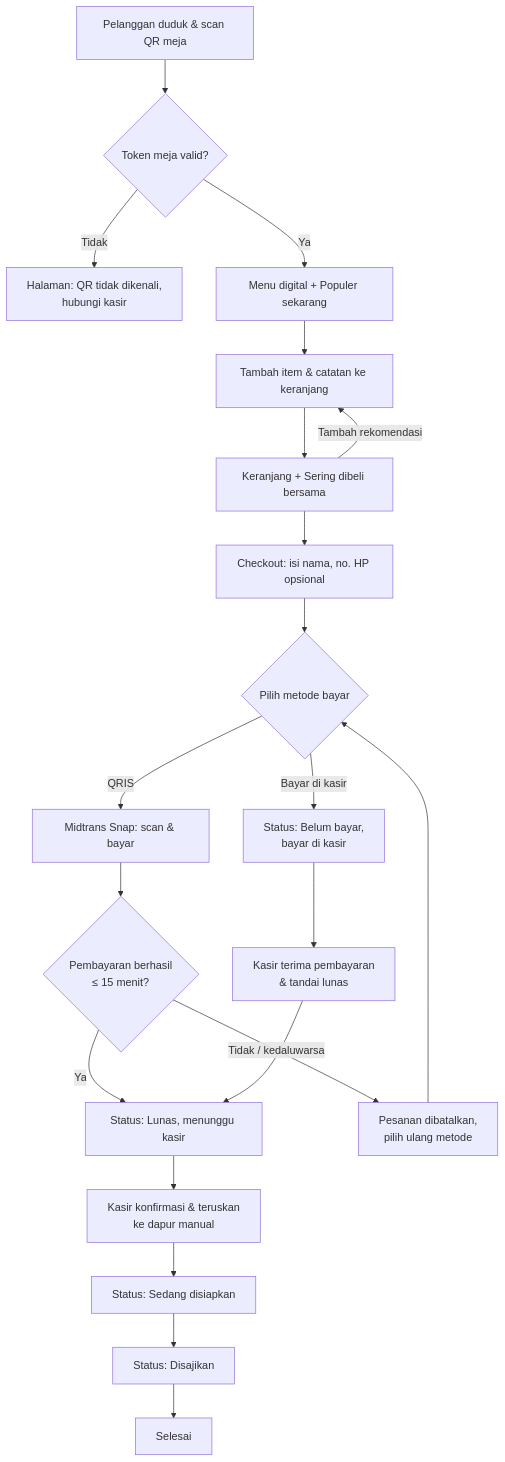
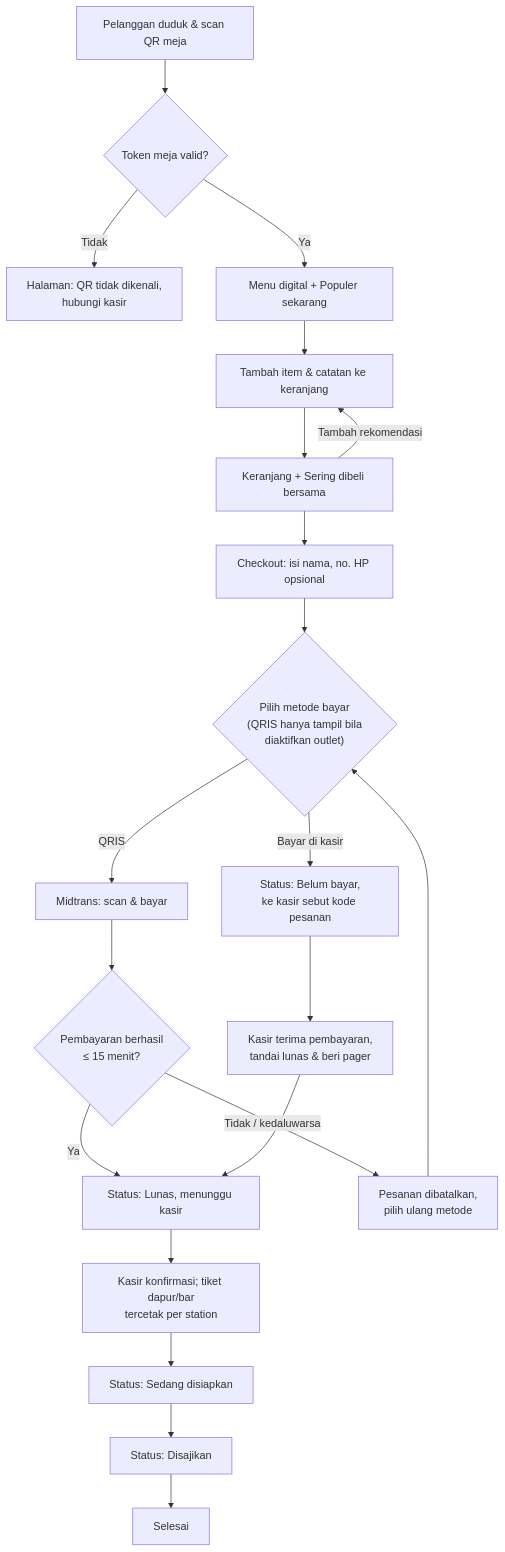
Before and after one commit to tmuhammadsanubari-cell/matwona-smart-order: the third of 8 diagrams in docs/PRD.md, drawn with Mermaid. The commit also changed other lines of this file and 6 other files, not shown here.

````diff
--- a/docs/PRD.md
+++ b/docs/PRD.md
@@ -729,23 +894,23 @@
 ```mermaid
 flowchart TD
     A["Pelanggan duduk & scan QR meja"] --> B{"Token meja valid?"}
     B -->|Tidak| B1["Halaman: QR tidak dikenali,<br/>hubungi kasir"]
     B -->|Ya| C["Menu digital + Populer sekarang"]
     C --> D["Tambah item & catatan ke keranjang"]
     D --> E["Keranjang + Sering dibeli bersama"]
     E -->|Tambah rekomendasi| D
     E --> F["Checkout: isi nama, no. HP opsional"]
-    F --> G{"Pilih metode bayar"}
-    G -->|QRIS| H["Midtrans Snap: scan & bayar"]
+    F --> G{"Pilih metode bayar<br/>(QRIS hanya tampil bila<br/>diaktifkan outlet)"}
+    G -->|QRIS| H["Midtrans: scan & bayar"]
     H --> I{"Pembayaran berhasil<br/>≤ 15 menit?"}
     I -->|Ya| J["Status: Lunas, menunggu kasir"]
     I -->|Tidak / kedaluwarsa| K["Pesanan dibatalkan,<br/>pilih ulang metode"]
     K --> G
-    G -->|Bayar di kasir| L["Status: Belum bayar,<br/>bayar di kasir"]
-    L --> M["Kasir terima pembayaran<br/>& tandai lunas"]
+    G -->|Bayar di kasir| L["Status: Belum bayar,<br/>ke kasir sebut kode pesanan"]
+    L --> M["Kasir terima pembayaran,<br/>tandai lunas & beri pager"]
     M --> J
-    J --> N["Kasir konfirmasi & teruskan<br/>ke dapur manual"]
+    J --> N["Kasir konfirmasi; tiket dapur/bar<br/>tercetak per station"]
     N --> O["Status: Sedang disiapkan"]
     O --> P["Status: Disajikan"]
     P --> Q["Selesai"]
 ```
````
